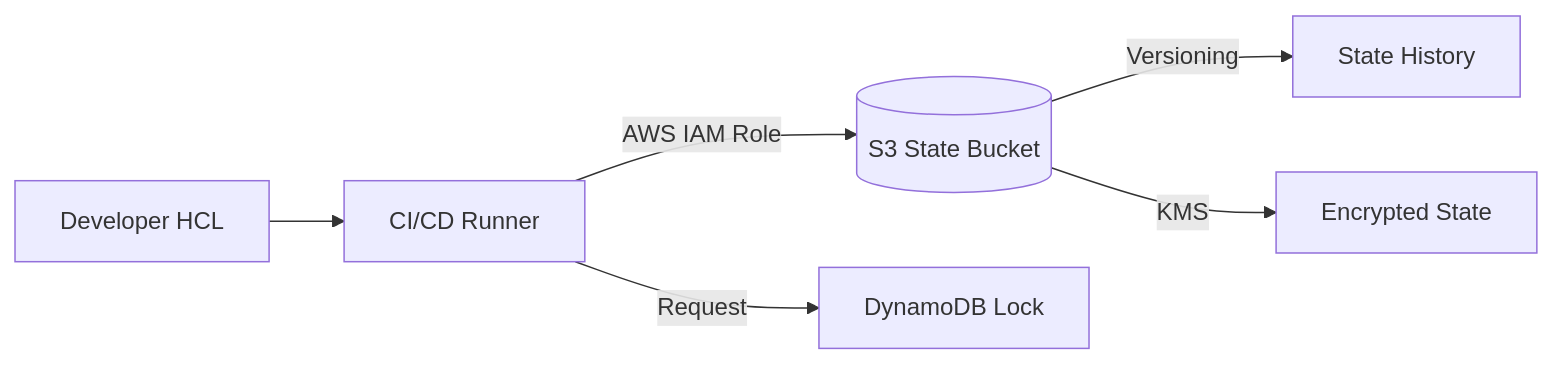
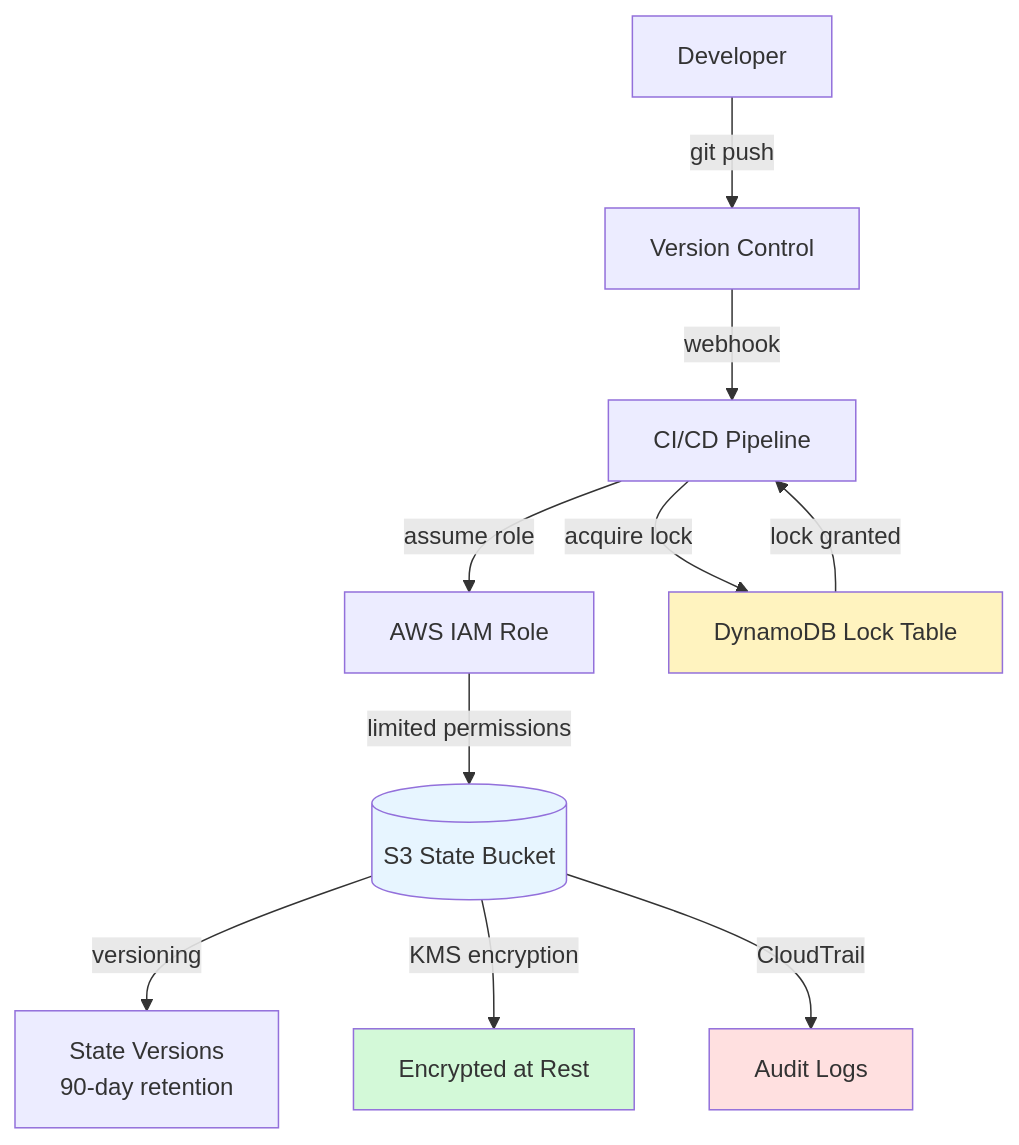
Before and after one commit to Ganil151/Devops: the first of 2 diagrams in 2-Intermediate/03-Terraform/03-State-Management/10-Best-Practices/README.md, drawn with Mermaid. The commit also changed other lines of this file and 13 other files, not shown here.

````diff
--- a/2-Intermediate/03-Terraform/03-State-Management/10-Best-Practices/README.md
+++ b/2-Intermediate/03-Terraform/03-State-Management/10-Best-Practices/README.md
@@ -17,8 +258,21 @@
 ```mermaid
-graph LR
-    HCL[Developer HCL] --> CI[CI/CD Runner]
-    CI -- AWS IAM Role --> S3[(S3 State Bucket)]
-    S3 -- Versioning --> Hist[State History]
-    S3 -- KMS --> Enc[Encrypted State]
-    CI -- Request --> Dyno[DynamoDB Lock]
+graph TD
+    Dev[Developer] -->|git push| VCS[Version Control]
+    VCS -->|webhook| CI[CI/CD Pipeline]
+    
+    CI -->|assume role| IAM[AWS IAM Role]
+    IAM -->|limited permissions| S3[(S3 State Bucket)]
+    
+    S3 -->|versioning| Versions[State Versions<br/>90-day retention]
+    S3 -->|KMS encryption| KMS[Encrypted at Rest]
+    
+    CI -->|acquire lock| DynamoDB[DynamoDB Lock Table]
+    DynamoDB -->|lock granted| CI
+    
+    S3 -->|CloudTrail| Audit[Audit Logs]
+    
+    style S3 fill:#e7f5ff
+    style KMS fill:#d3f9d8
+    style DynamoDB fill:#fff3bf
+    style Audit fill:#ffe0e0
 ```
````
